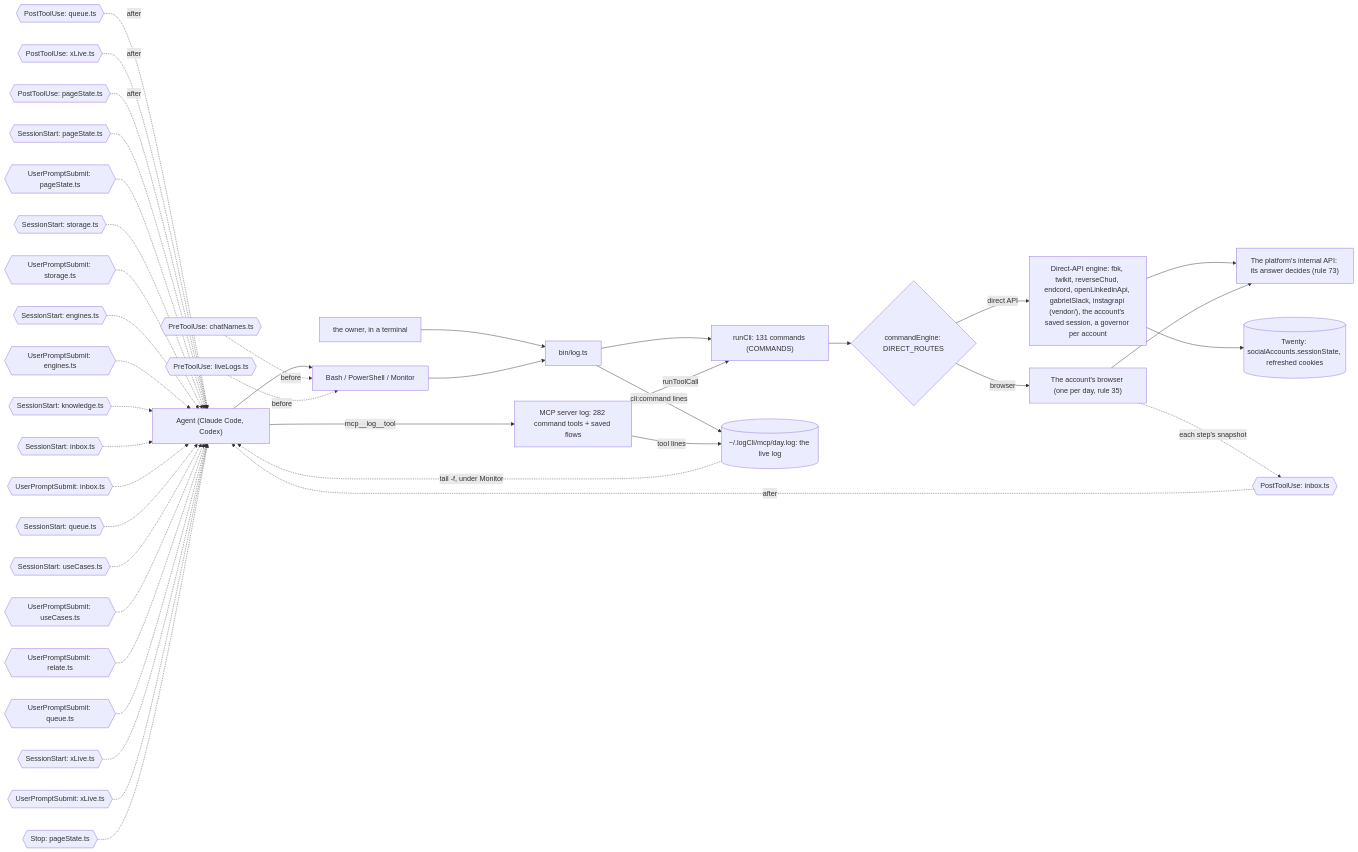
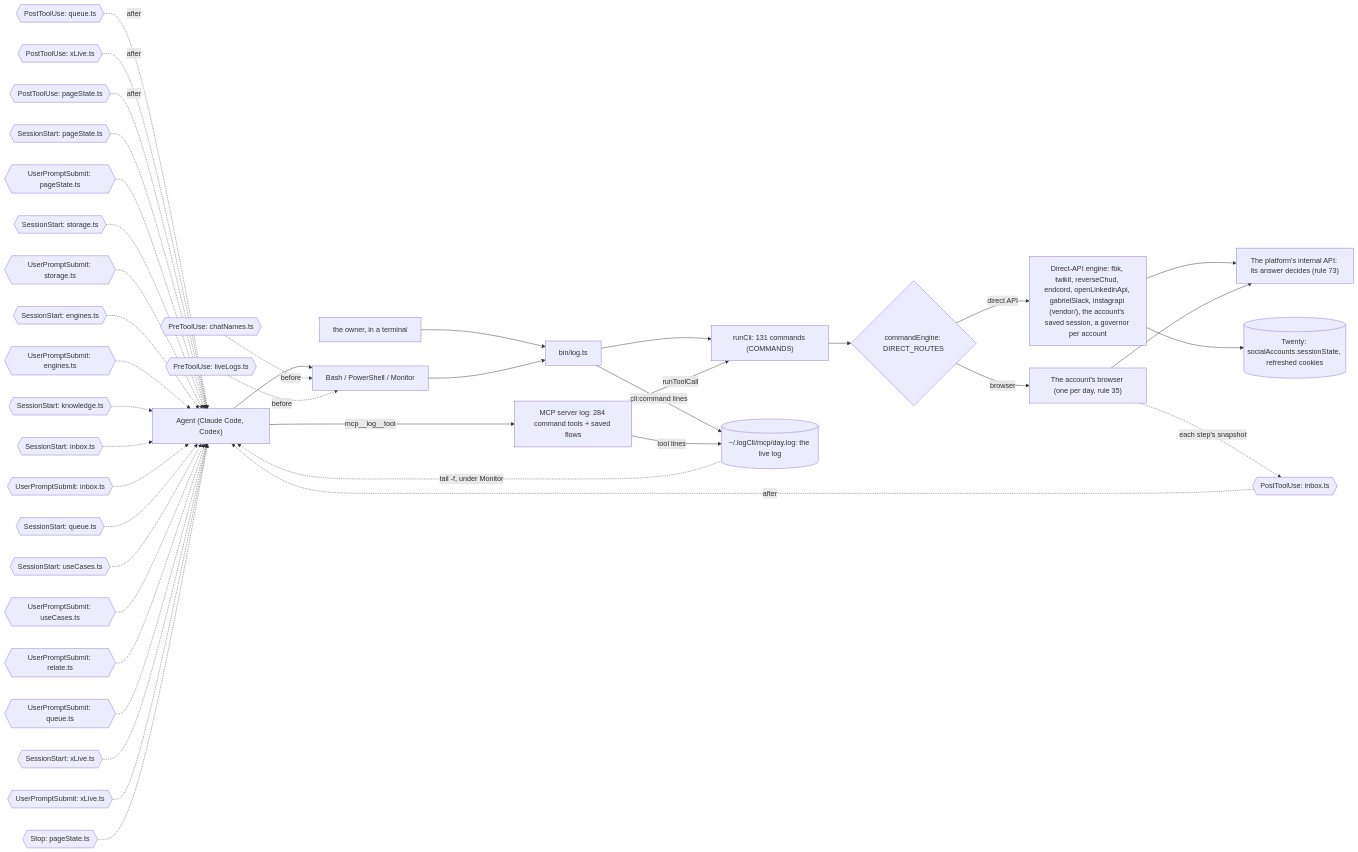
Before and after one commit to aggelos-pappas/log: the diagram in docs/diagrams/surface.mmd, drawn with Mermaid. The commit also changed 18 other files, not shown here.

```diff
--- a/docs/diagrams/surface.mmd
+++ b/docs/diagrams/surface.mmd
@@ -1,54 +1,54 @@
 %% How a call reaches log-cli. From a shell or over MCP, both run the same commands through `runCli`, write the same live log, and pass through the same hooks. `commandEngine` sends each command to the platform's direct API or to the account's browser.
 %% Written by `bun run docs:build` from the code (rule 56). Not edited by hand.
 flowchart LR
   agent["Agent (Claude Code, Codex)"]
   owner["the owner, in a terminal"]
   shell["Bash / PowerShell / Monitor"]
-  mcp["MCP server log: 282 command tools + saved flows"]
+  mcp["MCP server log: 284 command tools + saved flows"]
   bin["bin/log.ts"]
   runCli["runCli: 131 commands (COMMANDS)"]
   live[("~/.logCli/mcp/day.log: the live log")]
   engine{"commandEngine: DIRECT_ROUTES"}
   direct["Direct-API engine: fbk, twikit, reverseChud, endcord, openLinkedinApi, gabrielSlack, instagrapi (vendor/), the account's saved session, a governor per account"]
   browser["The account's browser (one per day, rule 35)"]
   api["The platform's internal API: its answer decides (rule 73)"]
   twenty[("Twenty: socialAccounts.sessionState, refreshed cookies")]
   agent --> shell
   owner --> bin
   shell --> bin
   agent -->|mcp__log__tool| mcp
   bin --> runCli
   mcp -->|runToolCall| runCli
   runCli --> engine
   engine -->|direct API| direct
   engine -->|browser| browser
   direct --> api
   browser --> api
   direct --> twenty
   bin -->|cli:command lines| live
   mcp -->|tool lines| live
   live -.->|tail -f, under Monitor| agent
   pre0{{"PreToolUse: chatNames.ts"}} -.->|before| shell
   pre1{{"PreToolUse: liveLogs.ts"}} -.->|before| shell
   post0{{"PostToolUse: inbox.ts"}} -.->|after| agent
   post1{{"PostToolUse: queue.ts"}} -.->|after| agent
   post2{{"PostToolUse: xLive.ts"}} -.->|after| agent
   post3{{"PostToolUse: pageState.ts"}} -.->|after| agent
   turn0{{"SessionStart: pageState.ts"}} -.-> agent
   turn1{{"UserPromptSubmit: pageState.ts"}} -.-> agent
   turn2{{"SessionStart: storage.ts"}} -.-> agent
   turn3{{"UserPromptSubmit: storage.ts"}} -.-> agent
   turn4{{"SessionStart: engines.ts"}} -.-> agent
   turn5{{"UserPromptSubmit: engines.ts"}} -.-> agent
   turn6{{"SessionStart: knowledge.ts"}} -.-> agent
   turn7{{"SessionStart: inbox.ts"}} -.-> agent
   turn8{{"UserPromptSubmit: inbox.ts"}} -.-> agent
   turn9{{"SessionStart: queue.ts"}} -.-> agent
   turn10{{"SessionStart: useCases.ts"}} -.-> agent
   turn11{{"UserPromptSubmit: useCases.ts"}} -.-> agent
   turn12{{"UserPromptSubmit: relate.ts"}} -.-> agent
   turn13{{"UserPromptSubmit: queue.ts"}} -.-> agent
   turn14{{"SessionStart: xLive.ts"}} -.-> agent
   turn15{{"UserPromptSubmit: xLive.ts"}} -.-> agent
   turn16{{"Stop: pageState.ts"}} -.-> agent
   browser -.->|each step's snapshot| post0
```
